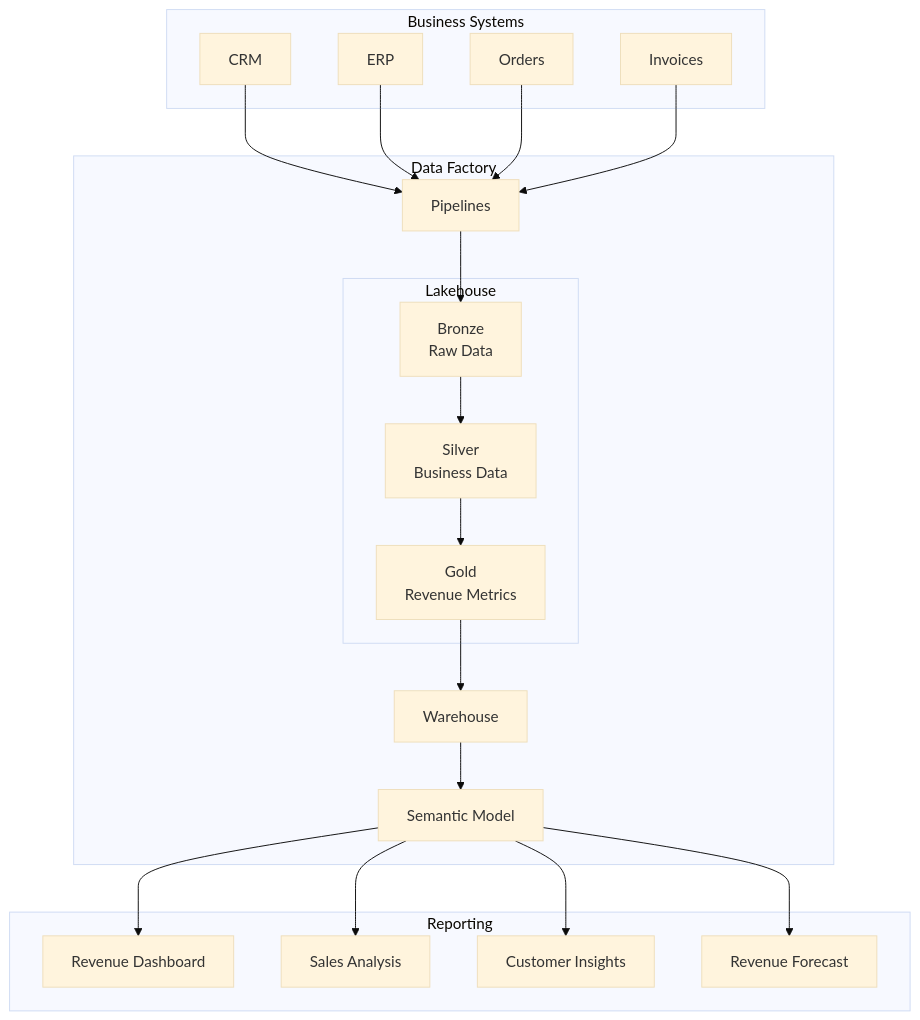
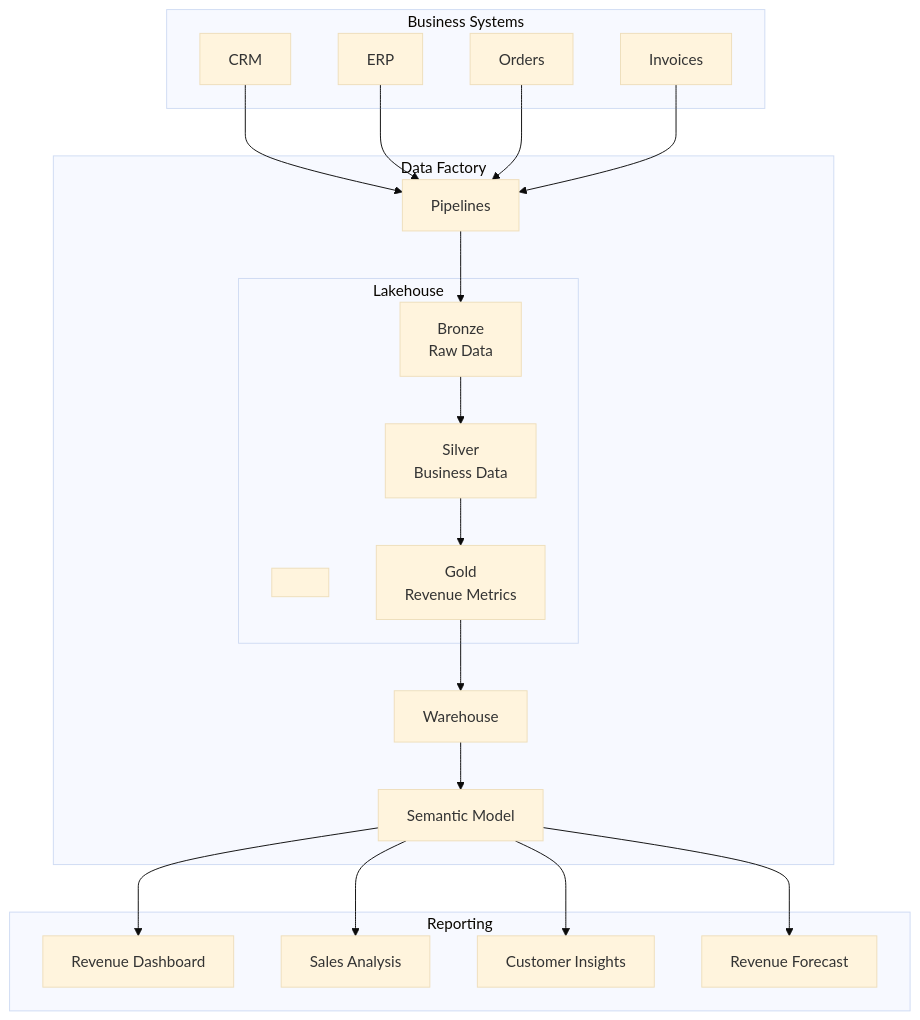
Before and after one commit to Solveright/Revenue-Visibility: the diagram in README.md, drawn with Mermaid (base theme).

````diff
--- a/README.md
+++ b/README.md
@@ -16,47 +16,48 @@
 ```mermaid
 flowchart TB
 
     subgraph Sources["Business Systems"]
         CRM["CRM"]
         ERP["ERP"]
         Orders["Orders"]
         Invoices["Invoices"]
     end
 
     subgraph Data Factory
         DF["Pipelines"]
 
-        subgraph Lakehouse["Lakehouse"]
+    subgraph Lakehouse["Lakehouse"]
+            Entry[" "]
             Bronze["Bronze<br/>Raw Data"]
             Silver["Silver<br/>Business Data"]
             Gold["Gold<br/>Revenue Metrics"]
         end
 
         WH["Warehouse"]
         SM["Semantic Model"]
     end
 
     subgraph Reporting["Reporting"]
         Revenue["Revenue Dashboard"]
         Sales["Sales Analysis"]
         Customer["Customer Insights"]
         Forecast["Revenue Forecast"]
     end
 
     CRM --> DF
     ERP --> DF
     Orders --> DF
     Invoices --> DF
 
     DF --> Bronze
     Bronze --> Silver
     Silver --> Gold
 
     Gold --> WH
     WH --> SM
 
     SM --> Revenue
     SM --> Sales
     SM --> Customer
     SM --> Forecast
 ```
````
